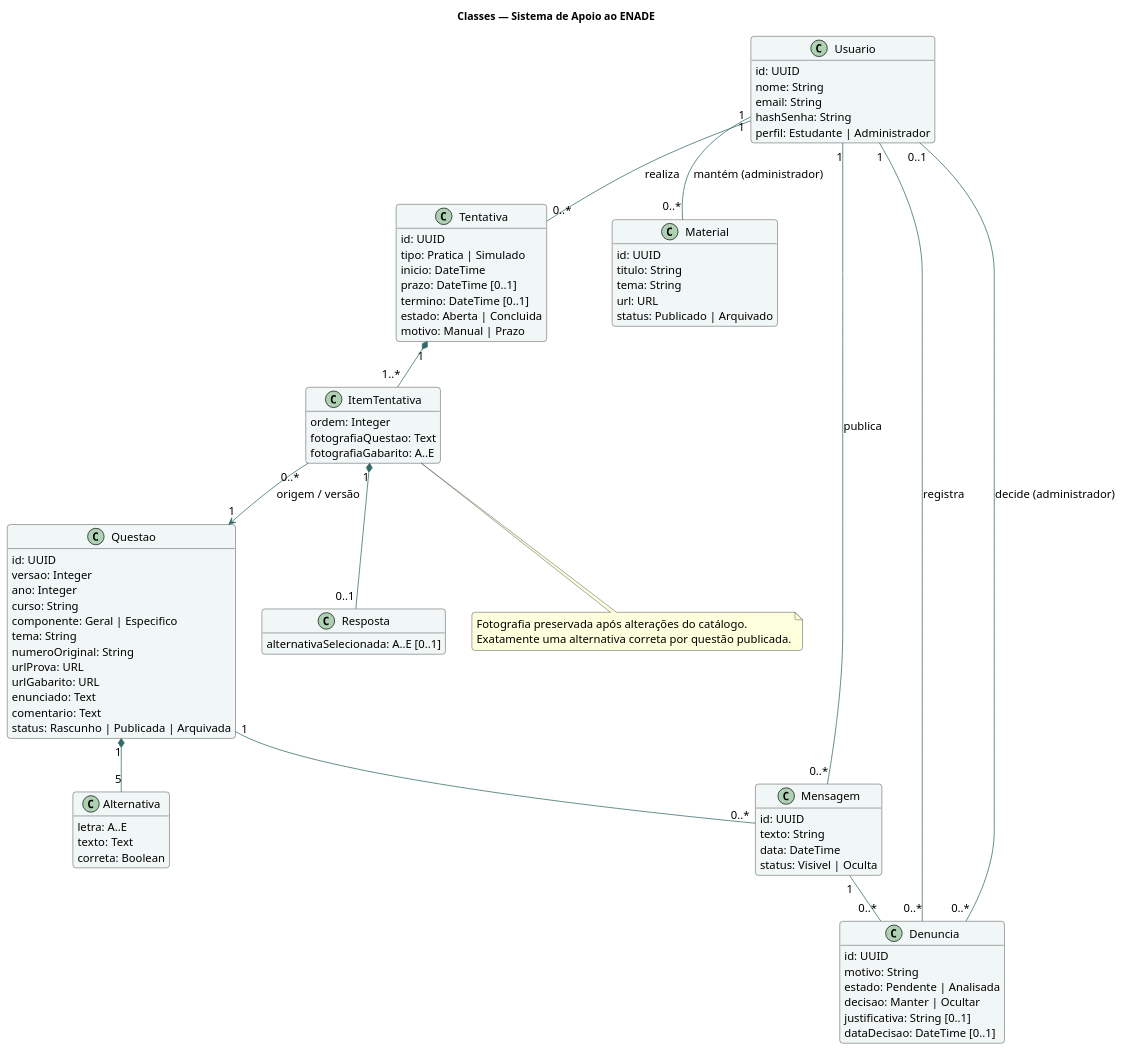
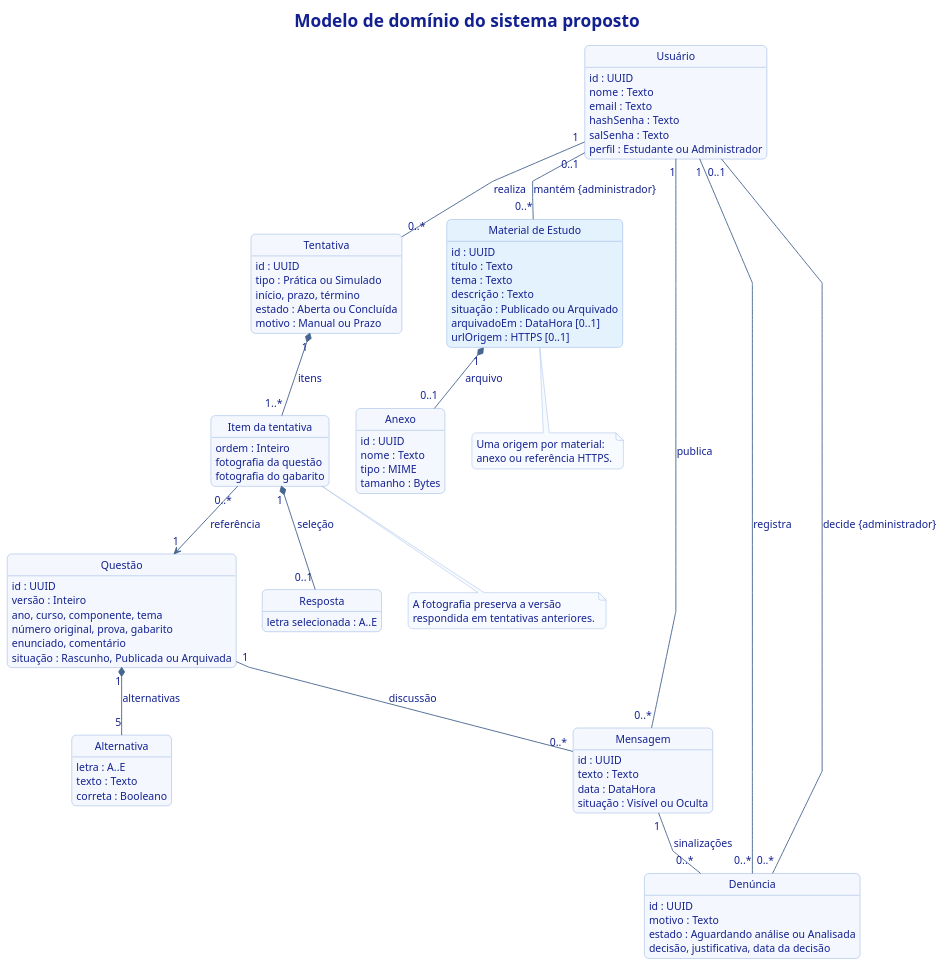
One commit to SamirMaia91/requisitos-20262--grupo2 changed the diagram in Requisitos/Artefatos/SistemaApoioENADE/UML/Classes.puml. Above: the diagram before and after it, drawn with PlantUML. The commit also changed 71 other files, not shown here.

```diff
--- a/Requisitos/Artefatos/SistemaApoioENADE/UML/Classes.puml
+++ b/Requisitos/Artefatos/SistemaApoioENADE/UML/Classes.puml
@@ -1,95 +1,131 @@
 @startuml
 skinparam backgroundColor #FFFFFF
-skinparam defaultFontName SansSerif
-skinparam defaultFontSize 15
+skinparam defaultFontName Arial
+skinparam defaultFontSize 14
+skinparam defaultFontColor #132190
+skinparam titleFontColor #132190
+skinparam titleFontSize 23
 skinparam shadowing false
-skinparam ArrowColor #346B68
-skinparam componentStyle uml2
-skinparam roundcorner 8
-skinparam classBackgroundColor #F1F7F6
-skinparam usecaseBackgroundColor #F1F7F6
-skinparam componentBackgroundColor #F1F7F6
-skinparam nodeBackgroundColor #F1F7F6
+skinparam ArrowColor #46658F
+skinparam ArrowThickness 1.2
+skinparam roundcorner 12
+skinparam BorderColor #87A8DE
+skinparam actorBorderColor #132190
+skinparam actorFontColor #132190
+skinparam actorBackgroundColor #E4F2FE
+skinparam packageBorderColor #87A8DE
+skinparam packageBackgroundColor #F7FAFF
+skinparam rectangleBorderColor #87A8DE
+skinparam rectangleBackgroundColor #FFFFFF
+skinparam usecaseBorderColor #7096D6
+skinparam usecaseBackgroundColor #E4F2FE
+skinparam classBackgroundColor #F4F8FE
+skinparam classBorderColor #7096D6
+skinparam componentBackgroundColor #E4F2FE
+skinparam componentBorderColor #7096D6
+skinparam nodeBackgroundColor #F4F8FE
+skinparam nodeBorderColor #7096D6
+skinparam databaseBackgroundColor #E4F2FE
+skinparam databaseBorderColor #7096D6
+skinparam noteBackgroundColor #F7FAFF
+skinparam noteBorderColor #87A8DE
+skinparam sequenceGroupBorderColor #87A8DE
+skinparam sequenceGroupBackgroundColor #E4F2FE
+skinparam sequenceLifeLineBorderColor #87A8DE
+skinparam sequenceParticipantBorderColor #7096D6
+skinparam sequenceParticipantBackgroundColor #E4F2FE
 skinparam sequenceMessageAlign center
-title Classes — Sistema de Apoio ao ENADE
+skinparam activityBackgroundColor #E4F2FE
+skinparam activityBorderColor #7096D6
+skinparam activityDiamondBackgroundColor #F4F8FE
+skinparam activityDiamondBorderColor #7096D6
+skinparam activityStartColor #004AF7
+skinparam activityEndColor #132190
+title Modelo de domínio do sistema proposto
 hide methods
-class Usuario {
- id: UUID
- nome: String
- email: String
- hashSenha: String
- perfil: Estudante | Administrador
+hide circle
+skinparam linetype polyline
+class "Usuário" as Usuario {
+ id : UUID
+ nome : Texto
+ email : Texto
+ hashSenha : Texto
+ salSenha : Texto
+ perfil : Estudante ou Administrador
 }
-class Questao {
- id: UUID
- versao: Integer
- ano: Integer
- curso: String
- componente: Geral | Especifico
- tema: String
- numeroOriginal: String
- urlProva: URL
- urlGabarito: URL
- enunciado: Text
- comentario: Text
- status: Rascunho | Publicada | Arquivada
+class "Questão" as Questao {
+ id : UUID
+ versão : Inteiro
+ ano, curso, componente, tema
+ número original, prova, gabarito
+ enunciado, comentário
+ situação : Rascunho, Publicada ou Arquivada
 }
-class Alternativa {
- letra: A..E
- texto: Text
- correta: Boolean
+class "Alternativa" as Alt {
+ letra : A..E
+ texto : Texto
+ correta : Booleano
 }
-class Tentativa {
- id: UUID
- tipo: Pratica | Simulado
- inicio: DateTime
- prazo: DateTime [0..1]
- termino: DateTime [0..1]
- estado: Aberta | Concluida
- motivo: Manual | Prazo
+class "Tentativa" as Tentativa {
+ id : UUID
+ tipo : Prática ou Simulado
+ início, prazo, término
+ estado : Aberta ou Concluída
+ motivo : Manual ou Prazo
 }
-class ItemTentativa {
- ordem: Integer
- fotografiaQuestao: Text
- fotografiaGabarito: A..E
+class "Item da tentativa" as Item {
+ ordem : Inteiro
+ fotografia da questão
+ fotografia do gabarito
 }
-class Resposta {
- alternativaSelecionada: A..E [0..1]
+class "Resposta" as Resposta {
+ letra selecionada : A..E
 }
-class Material {
- id: UUID
- titulo: String
- tema: String
- url: URL
- status: Publicado | Arquivado
+class "Material de Estudo" as Material #E4F2FE {
+ id : UUID
+ título : Texto
+ tema : Texto
+ descrição : Texto
+ situação : Publicado ou Arquivado
+ arquivadoEm : DataHora [0..1]
+ urlOrigem : HTTPS [0..1]
 }
-class Mensagem {
- id: UUID
- texto: String
- data: DateTime
- status: Visivel | Oculta
+class "Anexo" as Anexo {
+ id : UUID
+ nome : Texto
+ tipo : MIME
+ tamanho : Bytes
 }
-class Denuncia {
- id: UUID
- motivo: String
- estado: Pendente | Analisada
- decisao: Manter | Ocultar
- justificativa: String [0..1]
- dataDecisao: DateTime [0..1]
+class "Mensagem" as Msg {
+ id : UUID
+ texto : Texto
+ data : DataHora
+ situação : Visível ou Oculta
+}
+class "Denúncia" as Den {
+ id : UUID
+ motivo : Texto
+ estado : Aguardando análise ou Analisada
+ decisão, justificativa, data da decisão
 }
 Usuario "1" -- "0..*" Tentativa : realiza
-Questao "1" *-- "5" Alternativa
-Tentativa "1" *-- "1..*" ItemTentativa
-ItemTentativa "0..*" --> "1" Questao : origem / versão
-ItemTentativa "1" *-- "0..1" Resposta
-Usuario "1" -- "0..*" Mensagem : publica
-Questao "1" -- "0..*" Mensagem
-Mensagem "1" -- "0..*" Denuncia
-Usuario "1" -- "0..*" Denuncia : registra
-Usuario "0..1" -- "0..*" Denuncia : decide (administrador)
-Usuario "1" -- "0..*" Material : mantém (administrador)
-note bottom of ItemTentativa
-Fotografia preservada após alterações do catálogo.
-Exatamente uma alternativa correta por questão publicada.
+Usuario "1" -- "0..*" Msg : publica
+Usuario "1" -- "0..*" Den : registra
+Usuario "0..1" -- "0..*" Den : decide {administrador}
+Usuario "0..1" -- "0..*" Material : mantém {administrador}
+Material "1" *-- "0..1" Anexo : arquivo
+Questao "1" *-- "5" Alt : alternativas
+Questao "1" -- "0..*" Msg : discussão
+Msg "1" -- "0..*" Den : sinalizações
+Tentativa "1" *-- "1..*" Item : itens
+Item "0..*" --> "1" Questao : referência
+Item "1" *-- "0..1" Resposta : seleção
+note bottom of Material
+Uma origem por material:
+anexo ou referência HTTPS.
+end note
+note bottom of Item
+A fotografia preserva a versão
+respondida em tentativas anteriores.
 end note
 @enduml
```
